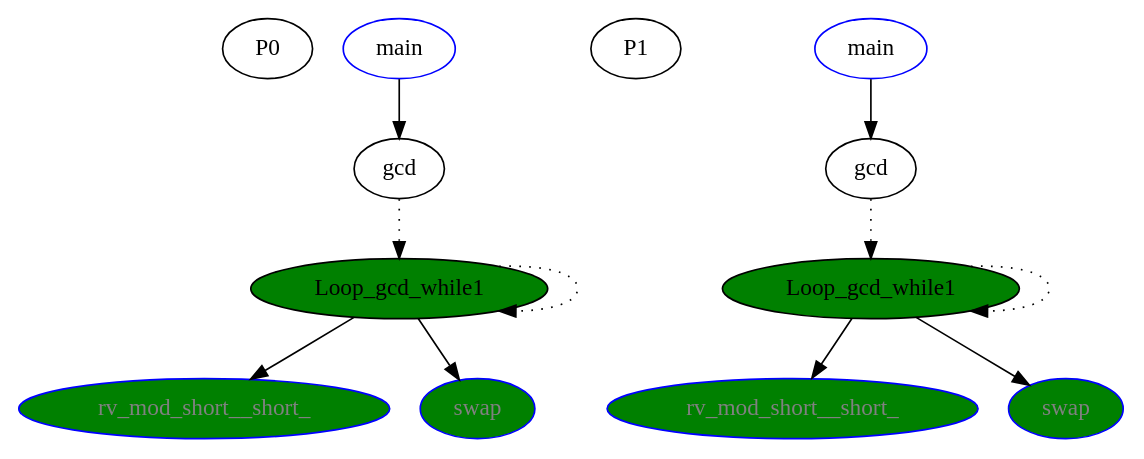
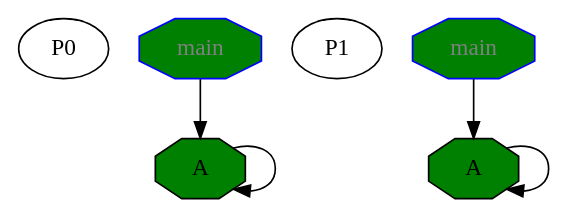
One commit to smaorus/rvt changed the diagram in rv_out.gv. Above: the diagram before and after it, drawn with Graphviz. The commit also changed 17 other files, not shown here.

```diff
--- a/rv_out.gv
+++ b/rv_out.gv
@@ -1,40 +1,22 @@
 digraph G{
 subgraph G0{ 
 side0[label = P0]
 node[color = black];
-rv_mod_short__short_0[label = "rv_mod_short__short_",fontcolor = "grey"];
-main0[label = "main",fontcolor = "black"];
-gcd0[label = "gcd",fontcolor = "black"];
-swap0[label = "swap",fontcolor = "grey"];
-Loop_gcd_while10[label = "Loop_gcd_while1",fontcolor = "black"];
-rv_mod_short__short_0[shape = "ellipse", color = "blue", style = "filled", fillcolor = "green"]
-main0[shape = "ellipse", color = "blue", style = "filled", fillcolor = "white"]
-gcd0[shape = "ellipse",  style = "filled", fillcolor = "white"]
-swap0[shape = "ellipse", color = "blue", style = "filled", fillcolor = "green"]
-Loop_gcd_while10[shape = "ellipse",  style = "filled", fillcolor = "green"]
-Loop_gcd_while10->rv_mod_short__short_0
-main0->gcd0
-Loop_gcd_while10->swap0
-gcd0->Loop_gcd_while10[style = dotted]
-Loop_gcd_while10->Loop_gcd_while10[style = dotted]
+A0[label = "A",fontcolor = "black"];
+main0[label = "main",fontcolor = "grey"];
+A0[shape = "octagon",  style = "filled", fillcolor = "green"]
+main0[shape = "octagon", color = "blue", style = "filled", fillcolor = "green"]
+A0->A0
+main0->A0
 }
 subgraph G1{ 
 side1[label = P1]
 node[color = black];
-rv_mod_short__short_1[label = "rv_mod_short__short_",fontcolor = "grey"];
-main1[label = "main",fontcolor = "black"];
-gcd1[label = "gcd",fontcolor = "black"];
-swap1[label = "swap",fontcolor = "grey"];
-Loop_gcd_while11[label = "Loop_gcd_while1",fontcolor = "black"];
-rv_mod_short__short_1[shape = "ellipse", color = "blue", style = "filled", fillcolor = "green"]
-main1[shape = "ellipse", color = "blue", style = "filled", fillcolor = "white"]
-gcd1[shape = "ellipse",  style = "filled", fillcolor = "white"]
-swap1[shape = "ellipse", color = "blue", style = "filled", fillcolor = "green"]
-Loop_gcd_while11[shape = "ellipse",  style = "filled", fillcolor = "green"]
-Loop_gcd_while11->rv_mod_short__short_1
-main1->gcd1
-Loop_gcd_while11->swap1
-gcd1->Loop_gcd_while11[style = dotted]
-Loop_gcd_while11->Loop_gcd_while11[style = dotted]
+A1[label = "A",fontcolor = "black"];
+main1[label = "main",fontcolor = "grey"];
+A1[shape = "octagon",  style = "filled", fillcolor = "green"]
+main1[shape = "octagon", color = "blue", style = "filled", fillcolor = "green"]
+A1->A1
+main1->A1
 }
 }
```
